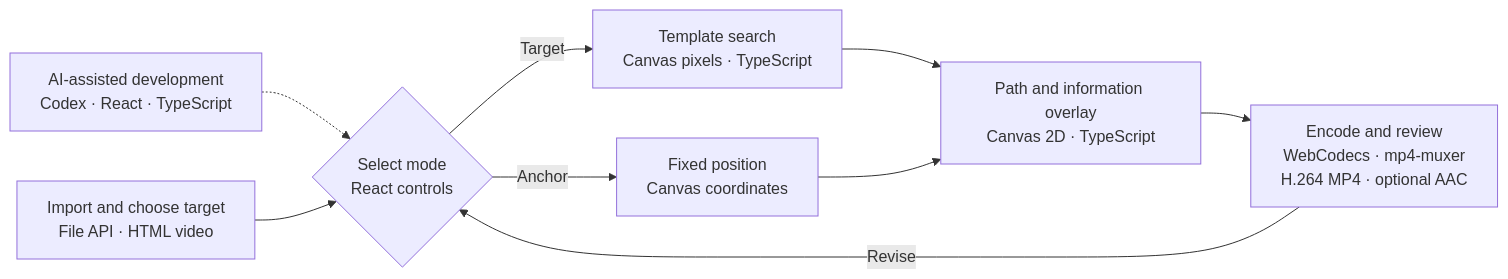
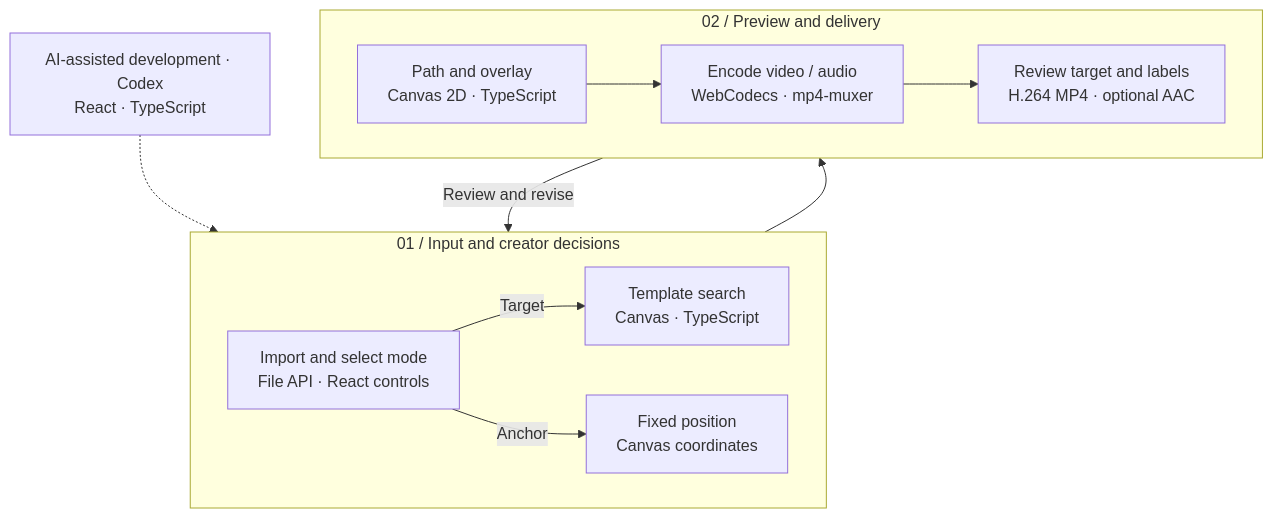
One commit to MuwenTriLi/creative-workflows changed the diagram in projects/07-motion-tracking/README.md. Above: the diagram before and after it, drawn with Mermaid. The commit also changed other lines of this file and 4 other files, not shown here.

Commit message:
Keep workflow tool labels readable in compact review views

````diff
--- a/projects/07-motion-tracking/README.md
+++ b/projects/07-motion-tracking/README.md
@@ -50,11 +50,17 @@
 ```mermaid
-flowchart LR
-    DEV["AI-assisted development<br/>Codex · React · TypeScript"] -.-> B
-    A["Import and choose target<br/>File API · HTML video"] --> B{"Select mode<br/>React controls"}
-    B -->|Target| C["Template search<br/>Canvas pixels · TypeScript"]
-    B -->|Anchor| D["Fixed position<br/>Canvas coordinates"]
-    C --> E["Path and information overlay<br/>Canvas 2D · TypeScript"]
-    D --> E
-    E --> F["Encode and review<br/>WebCodecs · mp4-muxer<br/>H.264 MP4 · optional AAC"]
-    F -->|Revise| B
+flowchart TB
+    DEV["AI-assisted development · Codex<br/>React · TypeScript"]
+    subgraph INPUT["01 / Input and creator decisions"]
+        direction LR
+        A["Import and select mode<br/>File API · React controls"] -->|Target| B["Template search<br/>Canvas · TypeScript"]
+        A -->|Anchor| C["Fixed position<br/>Canvas coordinates"]
+    end
+    subgraph OUTPUT["02 / Preview and delivery"]
+        direction LR
+        D["Path and overlay<br/>Canvas 2D · TypeScript"] --> E["Encode video / audio<br/>WebCodecs · mp4-muxer"]
+        E --> F["Review target and labels<br/>H.264 MP4 · optional AAC"]
+    end
+    DEV -.-> INPUT
+    INPUT --> OUTPUT
+    OUTPUT -->|Review and revise| INPUT
 ```
````
